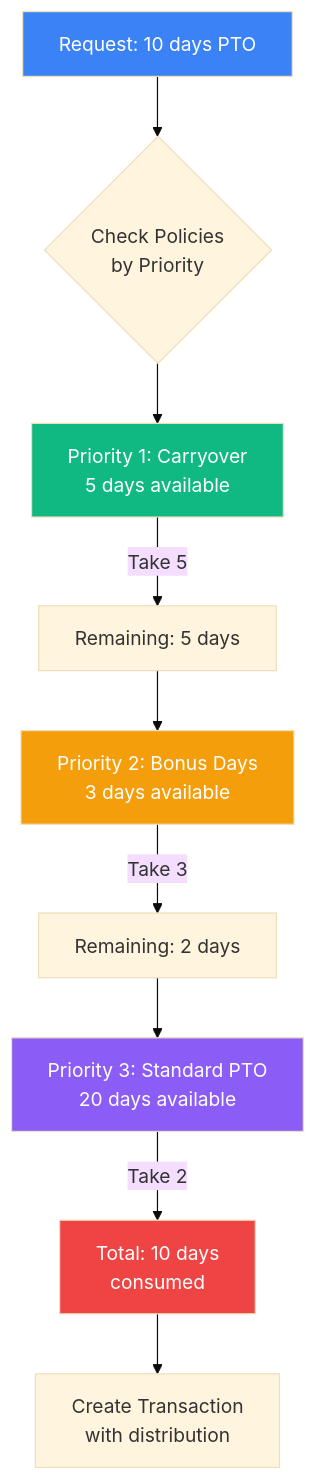
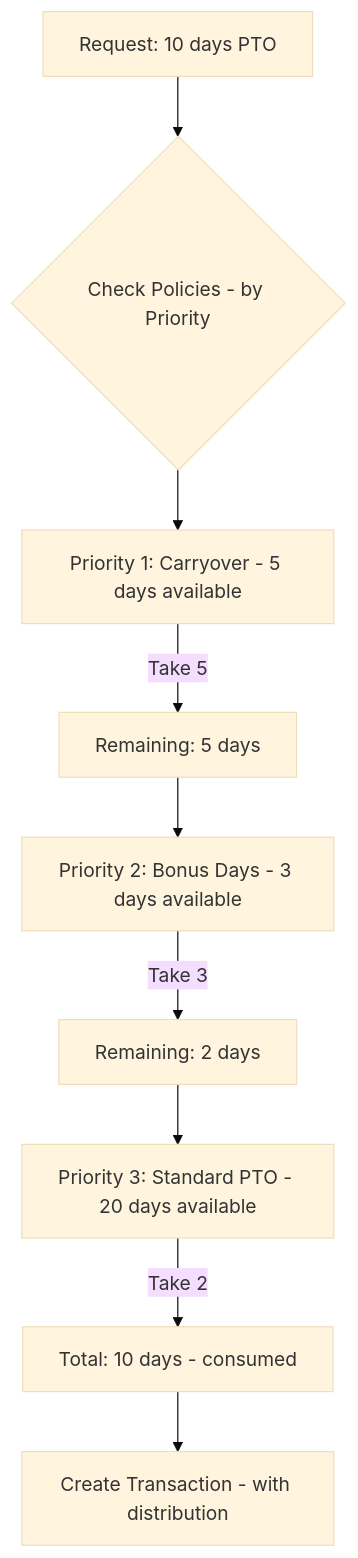
One commit to AntoineToussaint/timeoff changed the ninth of 22 diagrams in README.md. Above: the diagram before and after it, drawn with Mermaid (base theme). The commit also changed other lines of this file, not shown here.

First line of the commit message:
Fix Mermaid diagrams for GitHub rendering

````diff
--- a/README.md
+++ b/README.md
@@ -405,21 +380,16 @@
 ```mermaid
 flowchart TD
-    REQ[Request: 10 days PTO] --> CHECK{Check Policies<br/>by Priority}
+    REQ[Request: 10 days PTO] --> CHECK{Check Policies - by Priority}
     
-    CHECK --> P1[Priority 1: Carryover<br/>5 days available]
+    CHECK --> P1[Priority 1: Carryover - 5 days available]
     P1 -->|Take 5| REMAIN1[Remaining: 5 days]
     
-    REMAIN1 --> P2[Priority 2: Bonus Days<br/>3 days available]
+    REMAIN1 --> P2[Priority 2: Bonus Days - 3 days available]
     P2 -->|Take 3| REMAIN2[Remaining: 2 days]
     
-    REMAIN2 --> P3[Priority 3: Standard PTO<br/>20 days available]
-    P3 -->|Take 2| DONE[Total: 10 days<br/>consumed]
+    REMAIN2 --> P3[Priority 3: Standard PTO - 20 days available]
+    P3 -->|Take 2| DONE[Total: 10 days - consumed]
     
-    DONE --> TX[Create Transaction<br/>with distribution]
+    DONE --> TX[Create Transaction - with distribution]
     
-    style REQ fill:#3b82f6,color:#fff
-    style P1 fill:#10b981,color:#fff
-    style P2 fill:#f59e0b,color:#fff
-    style P3 fill:#8b5cf6,color:#fff
-    style DONE fill:#ef4444,color:#fff
 ```
````
